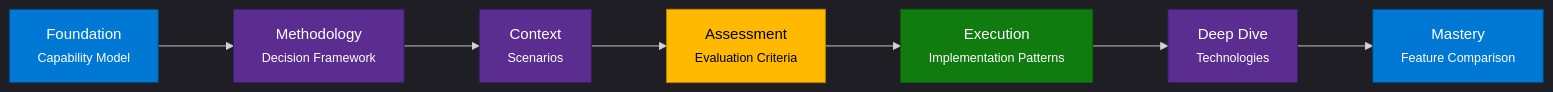
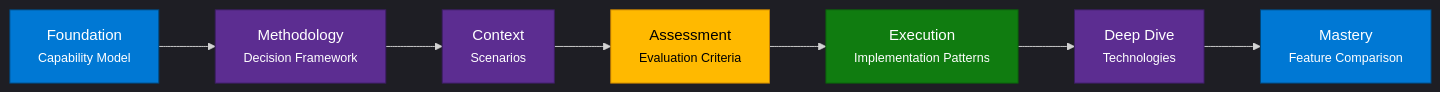
Before and after one commit to microsoft/Microsoft-AI-Decision-Framework: the first of 2 diagrams in README.md, drawn with Mermaid. The commit also changed other lines of this file and 1 other file, not shown here.

First line of the commit message:
Fix mermaid diagram width and height clipping

````diff
--- a/README.md
+++ b/README.md
@@ -61,21 +61,21 @@
 ```mermaid
-%%{init: {'theme':'dark','flowchart': {'useMaxWidth': true, 'nodeSpacing': 140, 'rankSpacing': 80, 'diagramPadding': 12}}}%%
+%%{init: {'theme':'dark','flowchart': {'useMaxWidth': true, 'nodeSpacing': 100, 'rankSpacing': 60, 'diagramPadding': 20, 'htmlLabels': true, 'wrappingWidth': 150}}}%%
 flowchart LR
-        F[Foundation<br/><small>Capability Model</small>] --> M[Methodology<br/><small>Decision Framework</small>] --> C[Context<br/><small>Scenarios</small>] --> A[Assessment<br/><small>Evaluation Criteria</small>] --> E[Execution<br/><small>Implementation Patterns</small>] --> D[Deep Dive<br/><small>Technologies</small>] --> MS[Mastery<br/><small>Feature Comparison</small>]
+        F["Foundation<br><small>Capability Model</small>"] --> M["Methodology<br><small>Decision Framework</small>"] --> C["Context<br><small>Scenarios</small>"] --> A["Assessment<br><small>Evaluation Criteria</small>"] --> E["Execution<br><small>Implementation Patterns</small>"] --> D["Deep Dive<br><small>Technologies</small>"] --> MS["Mastery<br><small>Feature Comparison</small>"]
 
         click F "{{ site.baseurl }}/docs/capability-model" "Open Capability Model" _self
         click M "{{ site.baseurl }}/docs/decision-framework" "Open Decision Framework" _self
         click C "{{ site.baseurl }}/docs/scenarios" "Open Scenarios" _self
         click A "{{ site.baseurl }}/docs/evaluation-criteria" "Open Evaluation Criteria" _self
         click E "{{ site.baseurl }}/docs/implementation-patterns" "Open Implementation Patterns" _self
         click D "{{ site.baseurl }}/docs/technologies" "Open Technologies" _self
         click MS "{{ site.baseurl }}/docs/feature-comparison" "Open Feature Comparison" _self
 
         style F fill:#0078D4,stroke:#004578,color:#fff
         style M fill:#5C2D91,stroke:#3B1D61,color:#fff
         style C fill:#5C2D91,stroke:#3B1D61,color:#fff
         style A fill:#FFB900,stroke:#C47F00,color:#000
         style E fill:#107C10,stroke:#0B5E0B,color:#fff
         style D fill:#5C2D91,stroke:#3B1D61,color:#fff
         style MS fill:#0078D4,stroke:#004578,color:#fff
 ```
````
